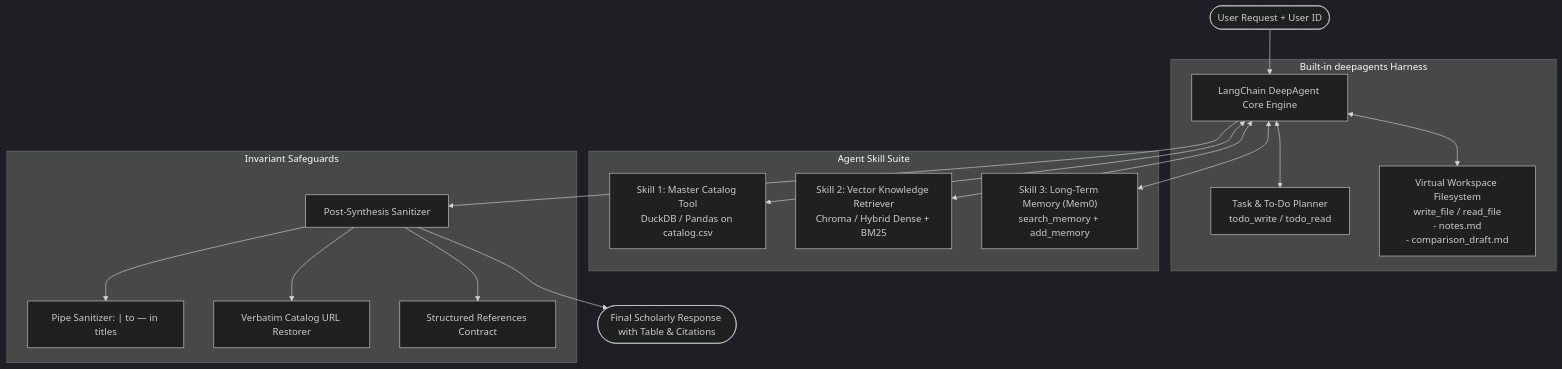
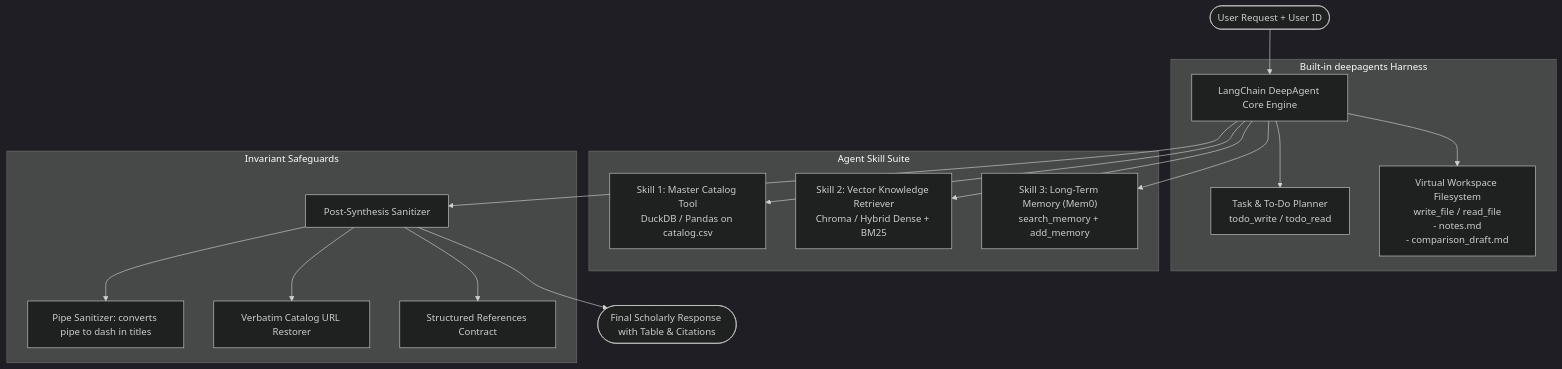
One commit to qtongggg/personal-deepagent changed the first of 2 diagrams in README.md. Above: the diagram before and after it, drawn with Mermaid (dark theme). The commit also changed 1 other file, not shown here.

Commit message:
docs: fix Mermaid diagram syntax in README and blueprint

````diff
--- a/README.md
+++ b/README.md
@@ -16,24 +16,24 @@
 ```mermaid
 flowchart TD
     User(["User Request + User ID"]) --> DeepAgent["LangChain DeepAgent Core Engine"]
 
     subgraph Harness ["Built-in deepagents Harness"]
-        DeepAgent <--> Planner["Task & To-Do Planner<br/>todo_write / todo_read"]
-        DeepAgent <--> VFS["Virtual Workspace Filesystem<br/>write_file / read_file<br/>- notes.md<br/>- comparison_draft.md"]
+        DeepAgent --> Planner["Task & To-Do Planner<br/>todo_write / todo_read"]
+        DeepAgent --> VFS["Virtual Workspace Filesystem<br/>write_file / read_file<br/>- notes.md<br/>- comparison_draft.md"]
     end
 
     subgraph Skills ["Agent Skill Suite"]
-        DeepAgent <--> Skill1["Skill 1: Master Catalog Tool<br/>DuckDB / Pandas on catalog.csv"]
-        DeepAgent <--> Skill2["Skill 2: Vector Knowledge Retriever<br/>Chroma / Hybrid Dense + BM25"]
-        DeepAgent <--> Skill3["Skill 3: Long-Term Memory (Mem0)<br/>search_memory + add_memory"]
+        DeepAgent --> Skill1["Skill 1: Master Catalog Tool<br/>DuckDB / Pandas on catalog.csv"]
+        DeepAgent --> Skill2["Skill 2: Vector Knowledge Retriever<br/>Chroma / Hybrid Dense + BM25"]
+        DeepAgent --> Skill3["Skill 3: Long-Term Memory (Mem0)<br/>search_memory + add_memory"]
     end
 
     DeepAgent --> Sanitizer["Post-Synthesis Sanitizer"]
     subgraph Safeguards ["Invariant Safeguards"]
-        Sanitizer --> PipeSanitizer["Pipe Sanitizer: | to — in titles"]
+        Sanitizer --> PipeSanitizer["Pipe Sanitizer: converts pipe to dash in titles"]
         Sanitizer --> URLVerifier["Verbatim Catalog URL Restorer"]
         Sanitizer --> ReferenceContract["Structured References Contract"]
     end
 
     Sanitizer --> Output(["Final Scholarly Response with Table & Citations"])
 ```
````
